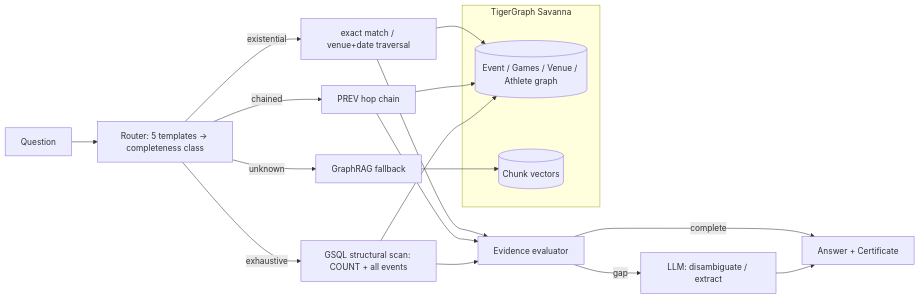
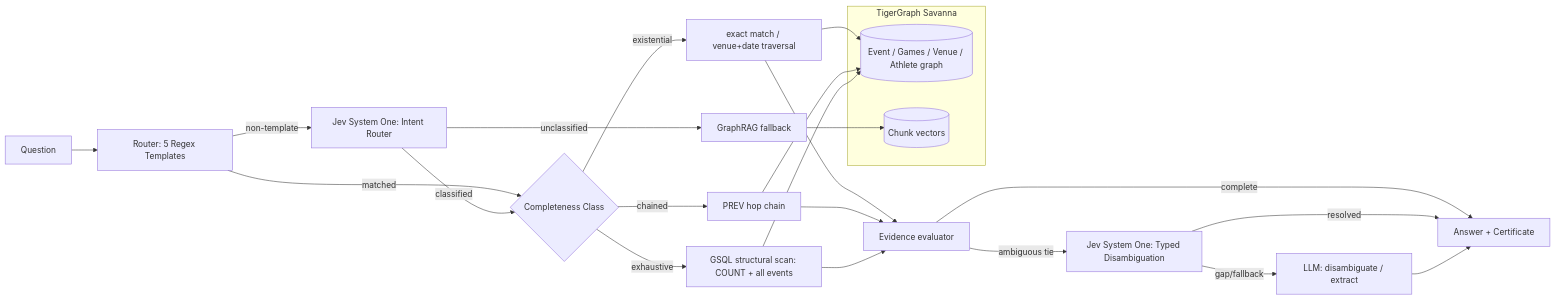
One commit to HarshdipSaha/tigergraph-agentic-graphrag changed the diagram in README.md. Above: the diagram before and after it, drawn with Mermaid. The commit also changed other lines of this file and 4 other files, not shown here.

Commit message:
docs: update architecture and add JEV System One addition to README and docs

````diff
--- a/README.md
+++ b/README.md
@@ -13,17 +13,25 @@
 ```mermaid
 flowchart LR
-    Q[Question] --> R[Router: 5 templates -> completeness class]
-    R -->|existential| T1[exact match / venue+date traversal]
-    R -->|chained| T2[PREV hop chain]
-    R -->|exhaustive| T3[GSQL structural scan: COUNT + all events]
-    R -->|unknown| F[GraphRAG fallback]
+    Q[Question] --> R[Router: 5 Regex Templates]
+    R -->|matched| C{Completeness Class}
+    R -->|non-template| J1[Jev System One: Intent Router]
+    J1 -->|classified| C
+    J1 -->|unclassified| F[GraphRAG fallback]
+
+    C -->|existential| T1[exact match / venue+date traversal]
+    C -->|chained| T2[PREV hop chain]
+    C -->|exhaustive| T3[GSQL structural scan: COUNT + all events]
+
     T1 & T2 & T3 --> E[Evidence evaluator]
     E -->|complete| A[Answer + Certificate]
-    E -->|gap| L[LLM: disambiguate / extract] --> A
+    E -->|ambiguous tie| J2[Jev System One: Typed Disambiguation]
+    J2 -->|resolved| A
+    J2 -->|gap/fallback| L[LLM: disambiguate / extract] --> A
+
     subgraph TigerGraph Savanna
         G[(Event / Games / Venue / Athlete graph)]
         V[(Chunk vectors)]
     end
     T1 & T2 & T3 --> G
     F --> V
 ```
````
